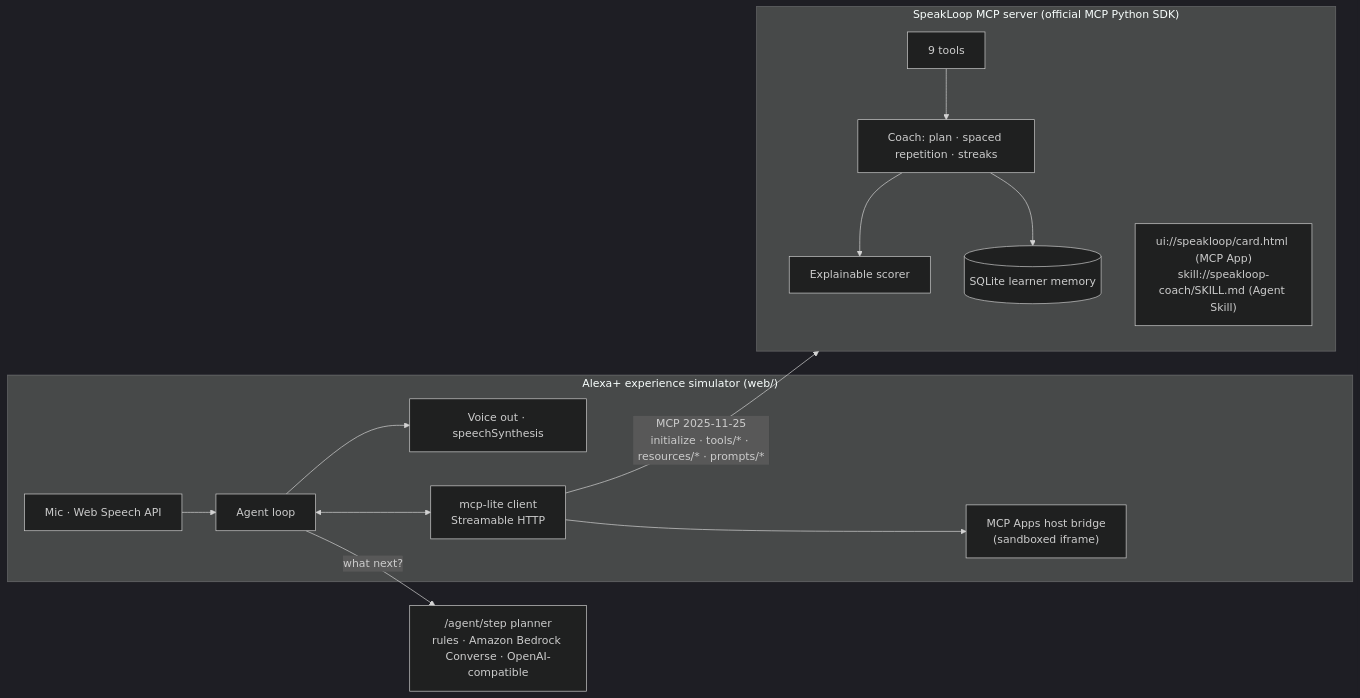
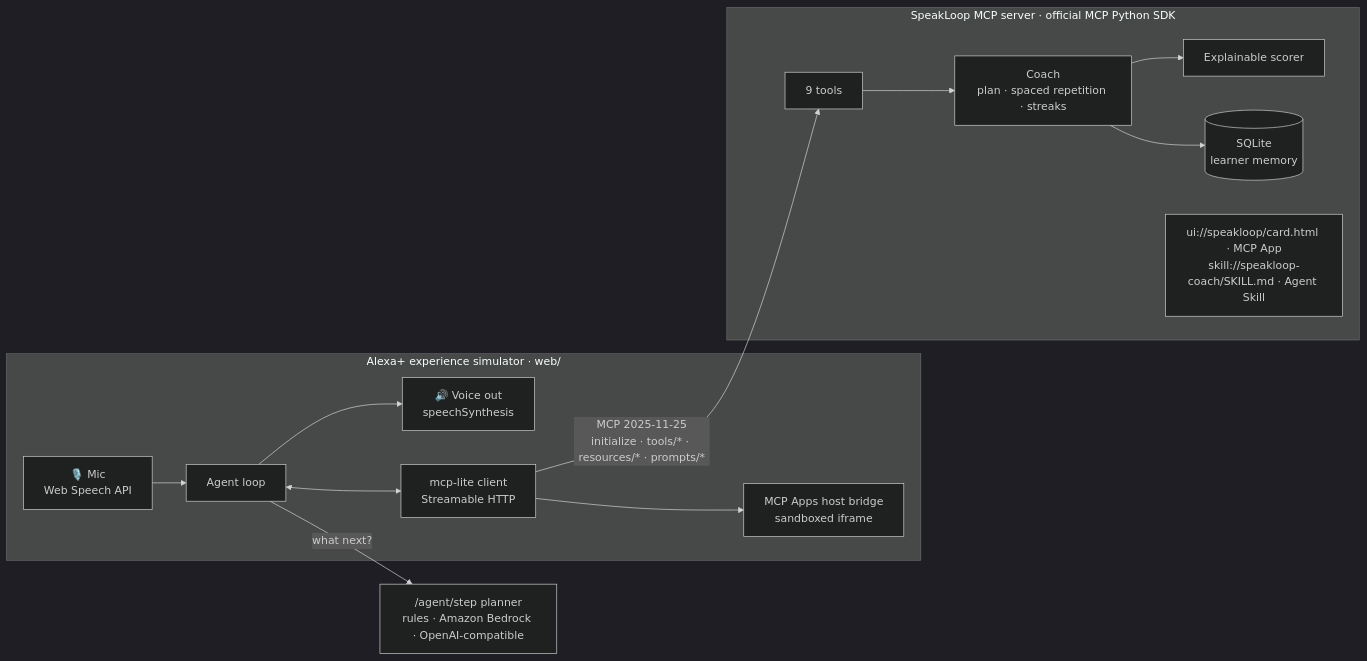
One commit to ducvuathuduc/speakloop changed the first of 2 diagrams in README.md. Above: the diagram before and after it, drawn with Mermaid (dark theme). The commit also changed other lines of this file and 20 other files, not shown here.

````diff
--- a/README.md
+++ b/README.md
@@ -79,17 +122,17 @@
 ```mermaid
 flowchart LR
-  subgraph Browser["Alexa+ experience simulator (web/)"]
-    MIC["Mic · Web Speech API"] --> LOOP["Agent loop"]
-    LOOP --> TTS["Voice out · speechSynthesis"]
+  subgraph Browser["Alexa+ experience simulator · web/"]
+    MIC["🎙️ Mic<br/>Web Speech API"] --> LOOP["Agent loop"]
+    LOOP --> TTS["🔊 Voice out<br/>speechSynthesis"]
     LOOP <--> MCPC["mcp-lite client<br/>Streamable HTTP"]
-    MCPC --> BRIDGE["MCP Apps host bridge<br/>(sandboxed iframe)"]
+    MCPC --> BRIDGE["MCP Apps host bridge<br/>sandboxed iframe"]
   end
-  LOOP -- "what next?" --> PLAN["/agent/step planner<br/>rules · Amazon Bedrock Converse · OpenAI-compatible"]
-  MCPC -- "MCP 2025-11-25<br/>initialize · tools/* · resources/* · prompts/*" --> SRV
-  subgraph SRV["SpeakLoop MCP server (official MCP Python SDK)"]
-    TOOLS["9 tools"] --> COACH["Coach: plan · spaced repetition · streaks"]
+  LOOP -- "what next?" --> PLAN["/agent/step planner<br/>rules · Amazon Bedrock · OpenAI-compatible"]
+  MCPC -- "MCP 2025-11-25<br/>initialize · tools/* · resources/* · prompts/*" --> TOOLS
+  subgraph SRV["SpeakLoop MCP server · official MCP Python SDK"]
+    TOOLS["9 tools"] --> COACH["Coach<br/>plan · spaced repetition · streaks"]
     COACH --> SCORE["Explainable scorer"]
-    COACH --> DB[("SQLite learner memory")]
-    RES["ui://speakloop/card.html (MCP App)<br/>skill://speakloop-coach/SKILL.md (Agent Skill)"]
+    COACH --> DB[("SQLite<br/>learner memory")]
+    RES["ui://speakloop/card.html · MCP App<br/>skill://speakloop-coach/SKILL.md · Agent Skill"]
   end
 ```
````
